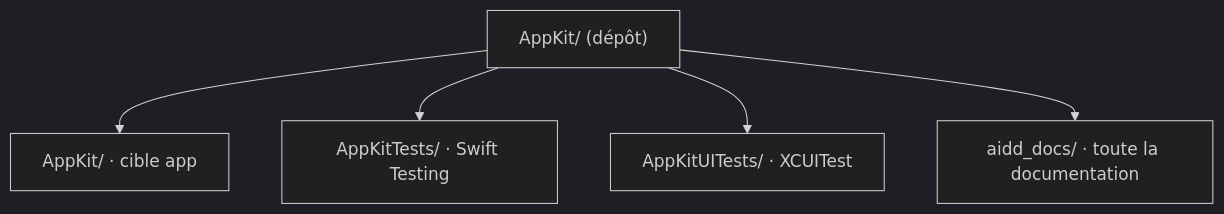
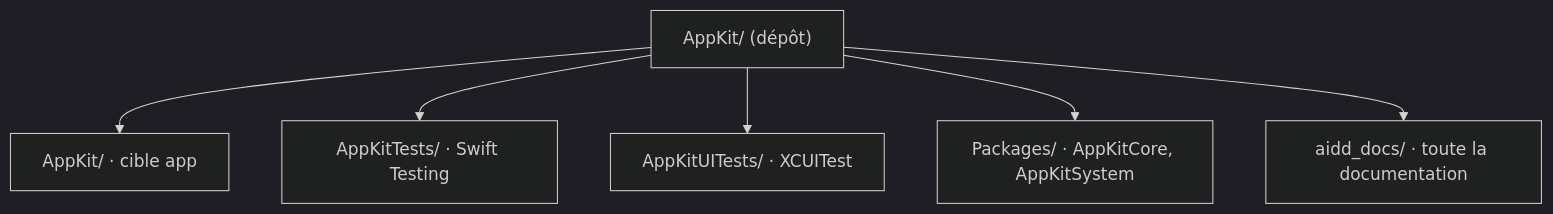
One commit to yanix2445/AppKit changed the diagram in aidd_docs/memory/codebase-map.md. Above: the diagram before and after it, drawn with Mermaid (dark theme). The commit also changed other lines of this file and 59 other files, not shown here.

````diff
--- a/aidd_docs/memory/codebase-map.md
+++ b/aidd_docs/memory/codebase-map.md
@@ -5,7 +5,8 @@
 ```mermaid
 flowchart TD
   Root["AppKit/ (dépôt)"] --> App["AppKit/ · cible app"]
   Root --> Tests["AppKitTests/ · Swift Testing"]
   Root --> UITests["AppKitUITests/ · XCUITest"]
+  Root --> Packages["Packages/ · AppKitCore, AppKitSystem"]
   Root --> Aidd["aidd_docs/ · toute la documentation"]
 ```
````
